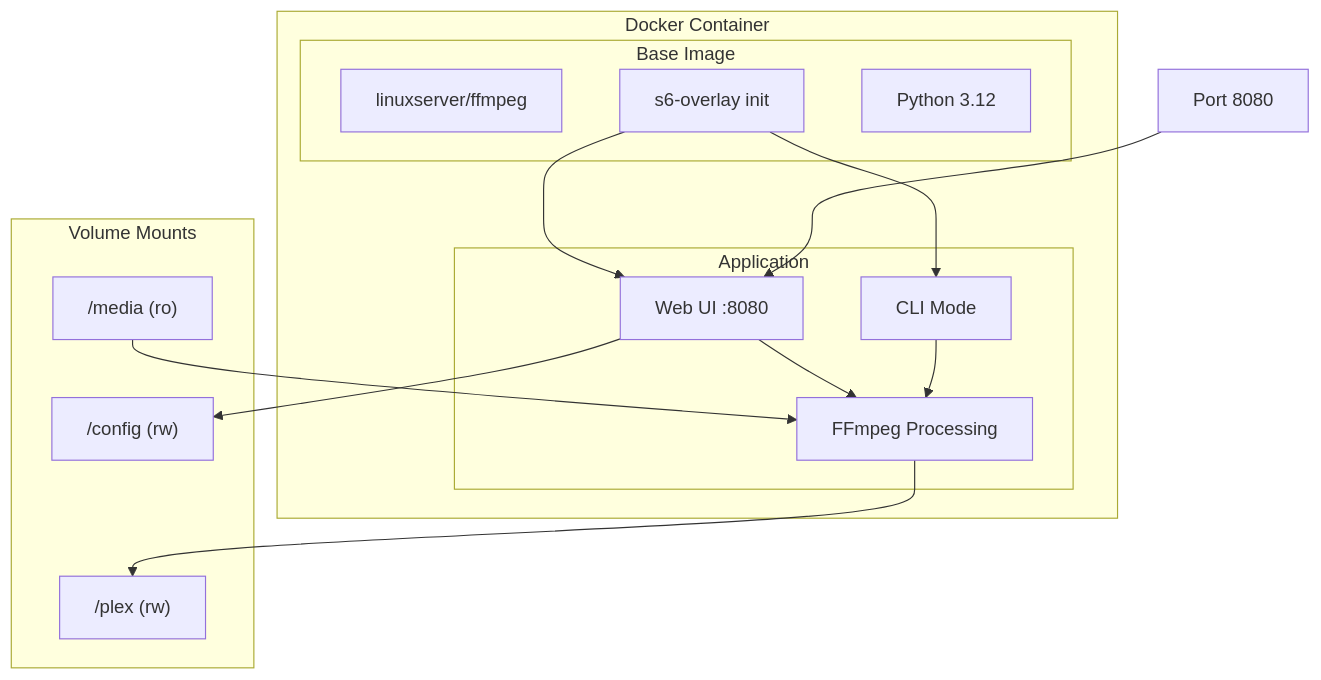
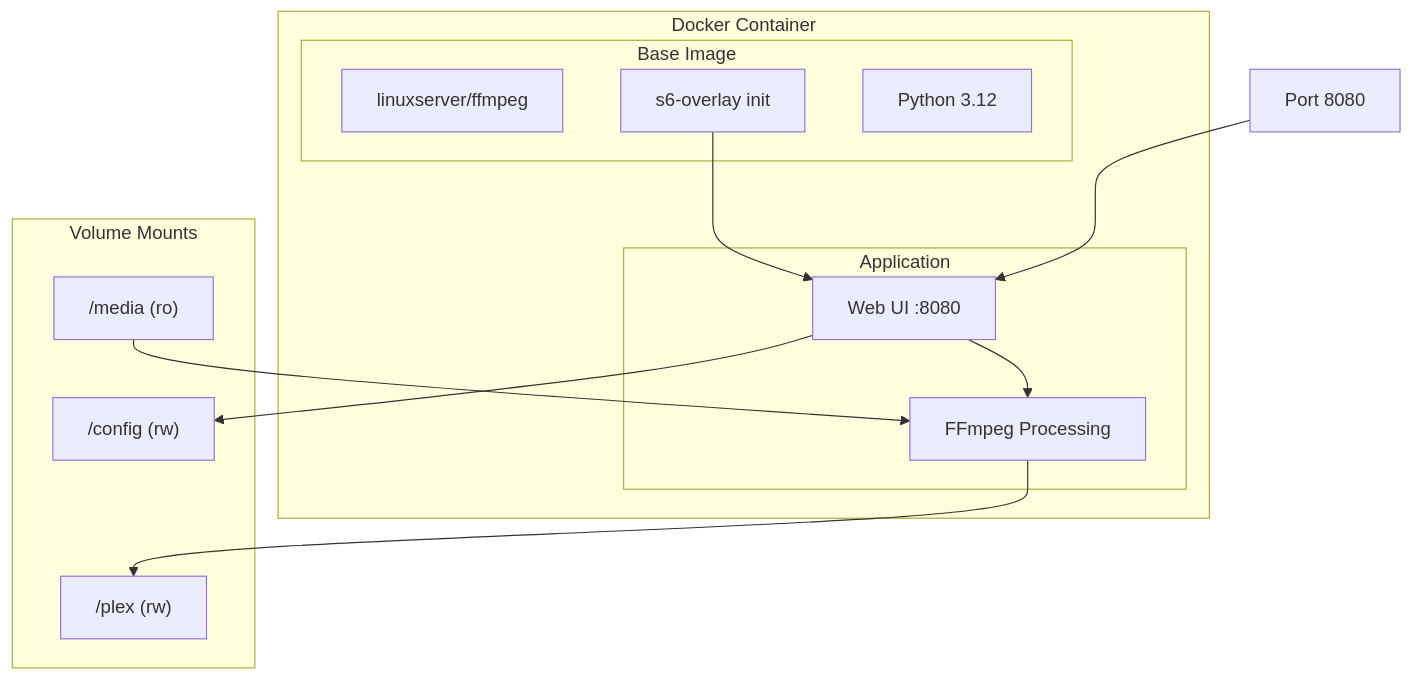
Before and after one commit to stevezau/plex_generate_vid_previews: the third of 3 diagrams in docs/README.md, drawn with Mermaid. The commit also changed other lines of this file and 47 other files, not shown here.

````diff
--- a/docs/README.md
+++ b/docs/README.md
@@ -128,33 +124,30 @@
 ```mermaid
 graph TB
     subgraph Container["Docker Container"]
         subgraph Base["Base Image"]
             LS[linuxserver/ffmpeg]
             S6[s6-overlay init]
             PY[Python 3.12]
         end
 
         subgraph App["Application"]
             WEB[Web UI :8080]
-            CLI_APP[CLI Mode]
             PROC[FFmpeg Processing]
         end
 
         S6 --> WEB
-        S6 --> CLI_APP
         WEB --> PROC
-        CLI_APP --> PROC
     end
 
     subgraph Volumes["Volume Mounts"]
         MEDIA["/media (ro)"]
         PLEX["/plex (rw)"]
         CONFIG["/config (rw)"]
     end
 
     MEDIA --> PROC
     PROC --> PLEX
     WEB --> CONFIG
 
     PORT["Port 8080"] --> WEB
 ```
````
